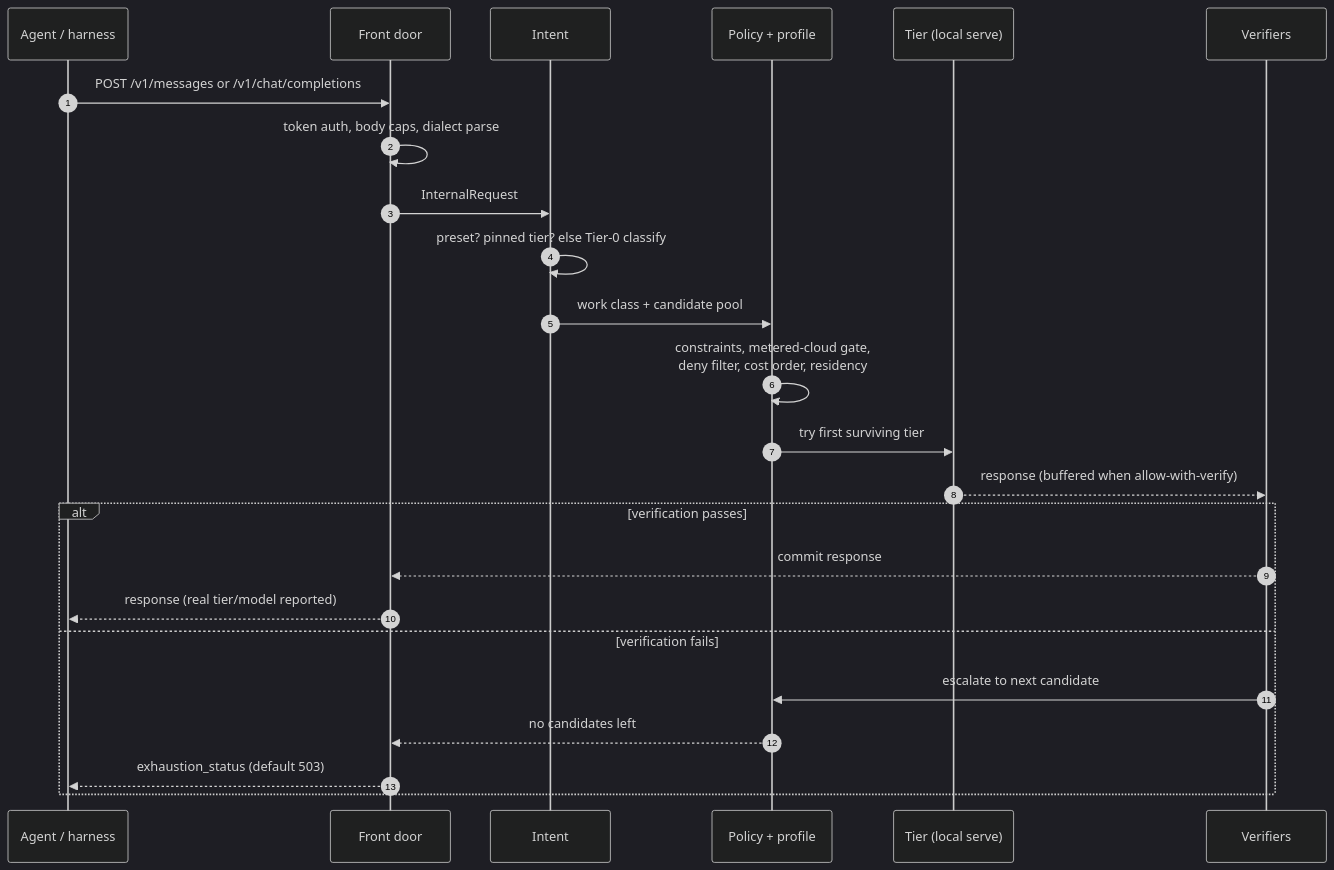
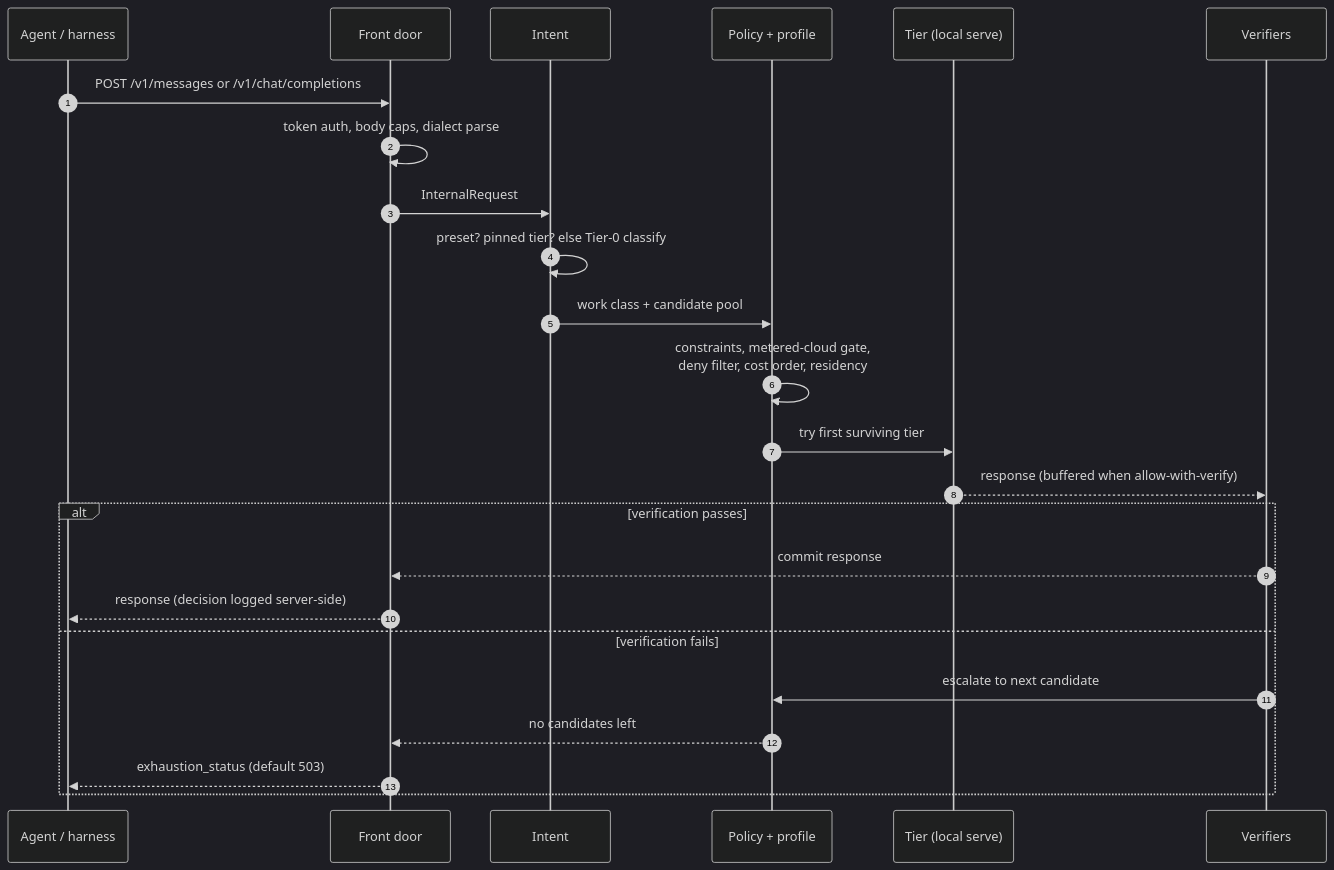
Before and after one commit to fakoli/anvil-serving: the first of 4 diagrams in docs/ARCHITECTURE.md, drawn with Mermaid (dark theme). The commit also changed other lines of this file and 7 other files, not shown here.

````diff
--- a/docs/ARCHITECTURE.md
+++ b/docs/ARCHITECTURE.md
@@ -57,26 +57,26 @@
 ```mermaid
 sequenceDiagram
     autonumber
     participant H as Agent / harness
     participant FD as Front door
     participant I as Intent
     participant P as Policy + profile
     participant T as Tier (local serve)
     participant V as Verifiers
     H->>FD: POST /v1/messages or /v1/chat/completions
     FD->>FD: token auth, body caps, dialect parse
     FD->>I: InternalRequest
     I->>I: preset? pinned tier? else Tier-0 classify
     I->>P: work class + candidate pool
     P->>P: constraints, metered-cloud gate,<br/>deny filter, cost order, residency
     P->>T: try first surviving tier
     T-->>V: response (buffered when allow-with-verify)
     alt verification passes
         V-->>FD: commit response
-        FD-->>H: response (real tier/model reported)
+        FD-->>H: response (decision logged server-side)
     else verification fails
         V->>P: escalate to next candidate
         P-->>FD: no candidates left
         FD-->>H: exhaustion_status (default 503)
     end
 ```
````
